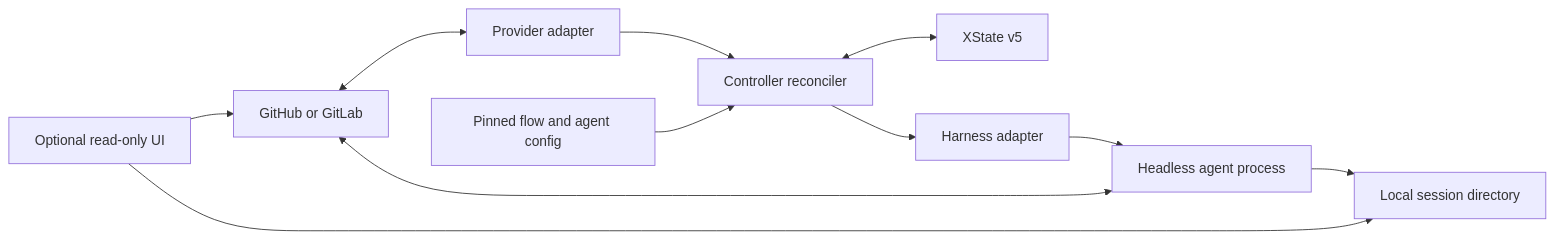
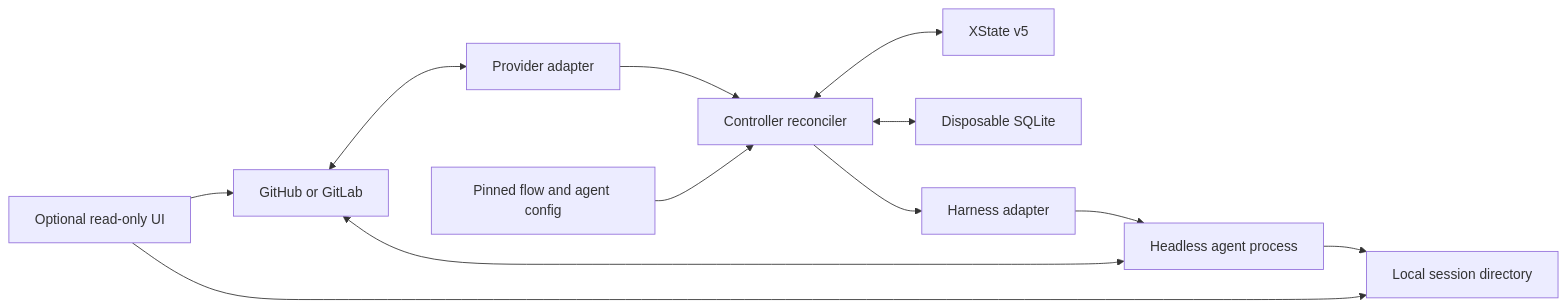
One commit to denifilatoff/agent-flow changed the second of 2 diagrams in docs/agent-flow-architecture.md. Above: the diagram before and after it, drawn with Mermaid. The commit also changed other lines of this file and 16 other files, not shown here.

````diff
--- a/docs/agent-flow-architecture.md
+++ b/docs/agent-flow-architecture.md
@@ -371,13 +379,14 @@
 ```mermaid
 flowchart LR
     Provider["GitHub or GitLab"] <--> Adapter["Provider adapter"]
     Adapter --> Reconciler["Controller reconciler"]
     Config["Pinned flow and agent config"] --> Reconciler
     Reconciler <--> Machine["XState v5"]
+    Reconciler <--> Local["Disposable SQLite"]
     Reconciler --> Harness["Harness adapter"]
     Harness --> Agent["Headless agent process"]
     Agent <--> Provider
     Agent --> Session["Local session directory"]
     UI["Optional read-only UI"] --> Provider
     UI --> Session
 ```
````
